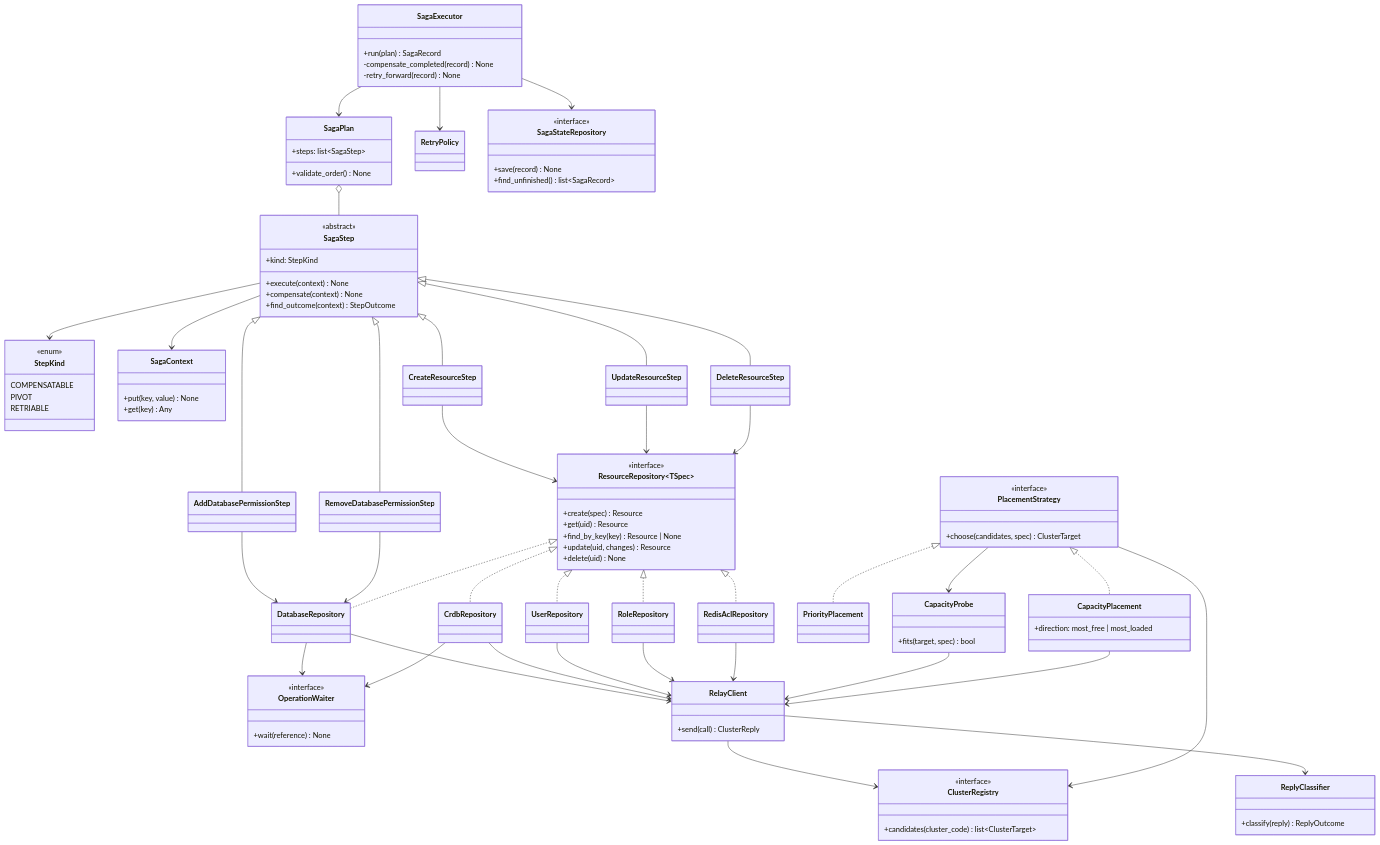
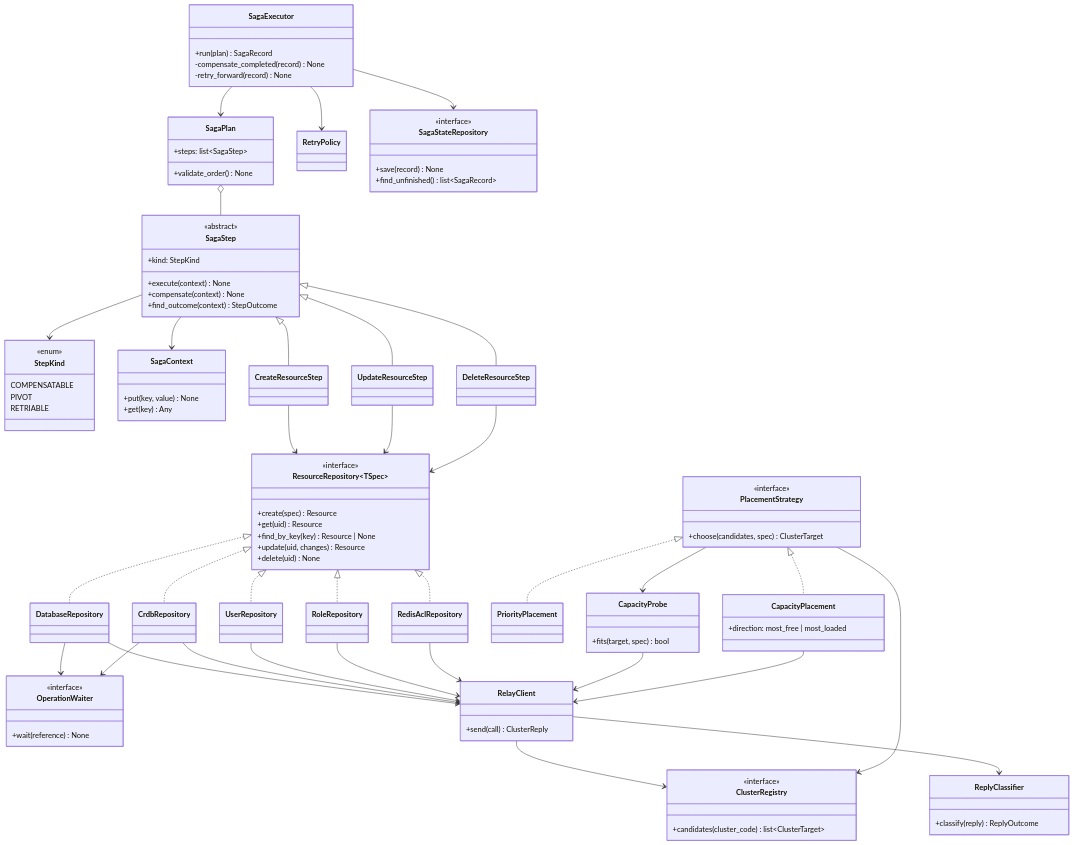
The second of 2 diagrams in docs/design/saga.md (EliShteinman/redis-enterprise-services), drawn with Mermaid before and after one commit. The commit also changed other lines of this file, not shown here.

Commit message:
docs(saga): D3 and the class diagram follow 5.6, permissions are the generic DB update

```diff
--- a/docs/design/saga.md
+++ b/docs/design/saga.md
@@ -662,8 +662,6 @@
     class CreateResourceStep
     class UpdateResourceStep
     class DeleteResourceStep
-    class AddDatabasePermissionStep
-    class RemoveDatabasePermissionStep
 
     class ResourceRepository~TSpec~ {
         <<interface>>
@@ -714,13 +712,9 @@
     SagaStep <|-- CreateResourceStep
     SagaStep <|-- UpdateResourceStep
     SagaStep <|-- DeleteResourceStep
-    SagaStep <|-- AddDatabasePermissionStep
-    SagaStep <|-- RemoveDatabasePermissionStep
     CreateResourceStep --> ResourceRepository
     UpdateResourceStep --> ResourceRepository
     DeleteResourceStep --> ResourceRepository
-    AddDatabasePermissionStep --> DatabaseRepository
-    RemoveDatabasePermissionStep --> DatabaseRepository
     ResourceRepository <|.. DatabaseRepository
     ResourceRepository <|.. CrdbRepository
     ResourceRepository <|.. UserRepository
```
